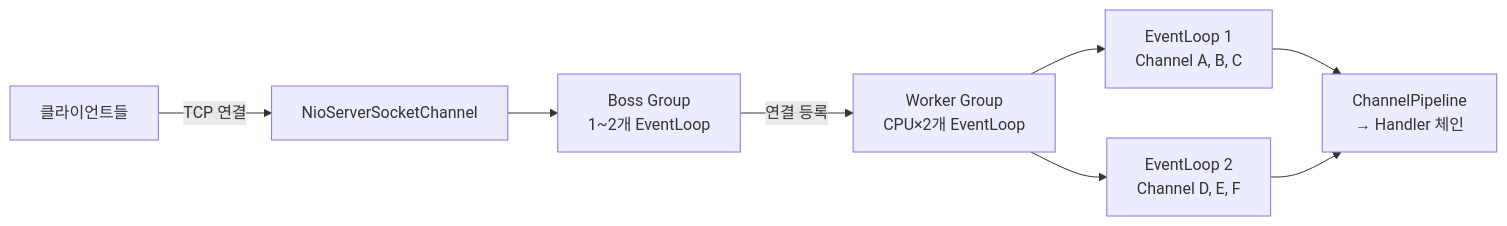
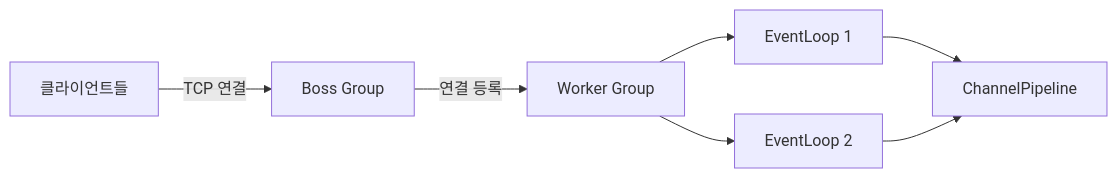
The fifth of 12 diagrams in _posts/server/2026-05-01-tomcat-vs-netty.md (yjkim2015/yjkim2015.github.io), drawn with Mermaid before and after one commit. The commit also changed other lines of this file and 245 other files, not shown here.

First line of the commit message:
Mermaid 다이어그램 전면 수정 + 면접 포인트 접기/펼치기 + DB 데드락 페이지

````diff
--- a/_posts/server/2026-05-01-tomcat-vs-netty.md
+++ b/_posts/server/2026-05-01-tomcat-vs-netty.md
@@ -163,10 +163,9 @@
 ```mermaid
 graph LR
-    CLI["클라이언트들"] -->|"TCP 연결"| SRV["NioServerSocketChannel"]
-    SRV --> BG["Boss Group\n1~2개 EventLoop"]
-    BG -->|"연결 등록"| WG["Worker Group\nCPU×2개 EventLoop"]
-    WG --> EL1["EventLoop 1\nChannel A, B, C"]
-    WG --> EL2["EventLoop 2\nChannel D, E, F"]
-    EL1 --> PP["ChannelPipeline\n→ Handler 체인"]
+    CLI["클라이언트들"] -->|"TCP 연결"| BG["Boss Group"]
+    BG -->|"연결 등록"| WG["Worker Group"]
+    WG --> EL1["EventLoop 1"]
+    WG --> EL2["EventLoop 2"]
+    EL1 --> PP["ChannelPipeline"]
     EL2 --> PP
 ```
````
